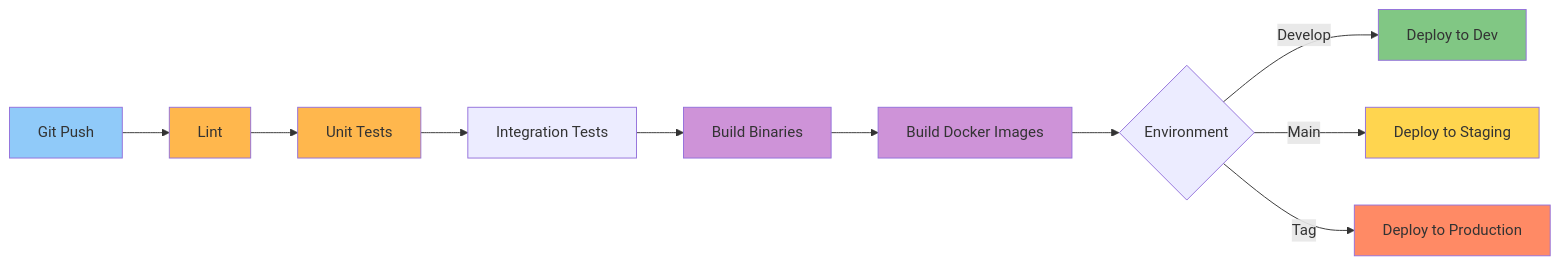
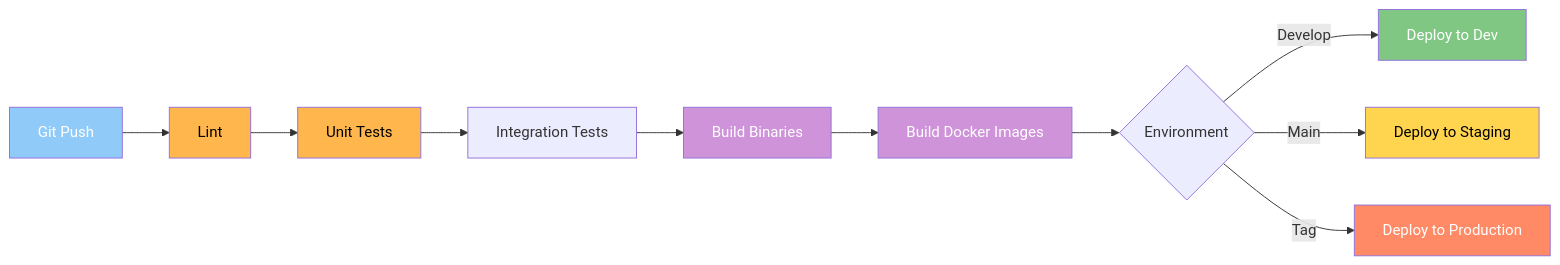
One commit to YouSangSon/database-service changed the tenth of 11 diagrams in docs/ARCHITECTURE.md. Above: the diagram before and after it, drawn with Mermaid. The commit also changed other lines of this file and 1 other file, not shown here.

First line of the commit message:
Fix Mermaid diagram text colors for better readability

````diff
--- a/docs/ARCHITECTURE.md
+++ b/docs/ARCHITECTURE.md
@@ -406,22 +406,22 @@
 ```mermaid
 graph LR
     A[Git Push] --> B[Lint]
     B --> C[Unit Tests]
     C --> D[Integration Tests]
     D --> E[Build Binaries]
     E --> F[Build Docker Images]
     F --> G{Environment}
 
     G -->|Develop| H[Deploy to Dev]
     G -->|Main| I[Deploy to Staging]
     G -->|Tag| J[Deploy to Production]
 
-    style A fill:#90caf9
-    style B fill:#ffb74d
-    style C fill:#ffb74d
-    style E fill:#ce93d8
-    style F fill:#ce93d8
-    style H fill:#81c784
-    style I fill:#ffd54f
-    style J fill:#ff8a65
+    style A fill:#90caf9,color:#fff
+    style B fill:#ffb74d,color:#000
+    style C fill:#ffb74d,color:#000
+    style E fill:#ce93d8,color:#fff
+    style F fill:#ce93d8,color:#fff
+    style H fill:#81c784,color:#fff
+    style I fill:#ffd54f,color:#000
+    style J fill:#ff8a65,color:#fff
 ```
````
